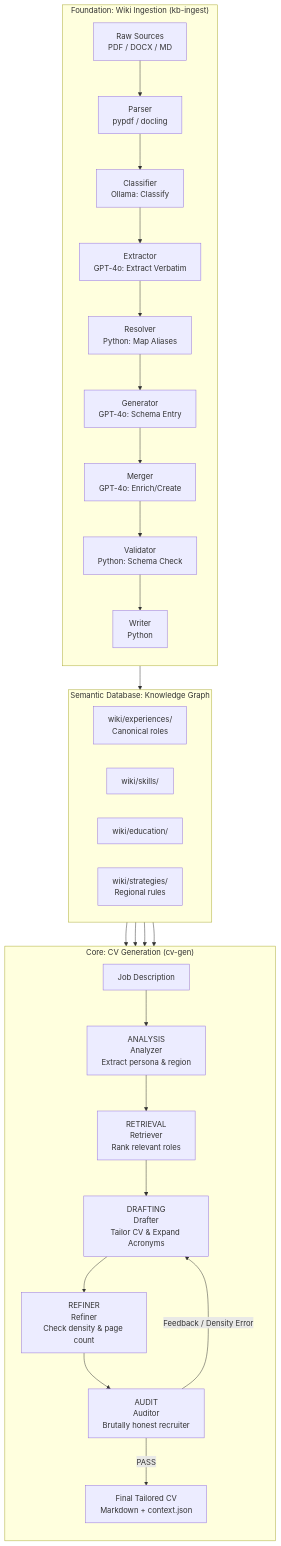
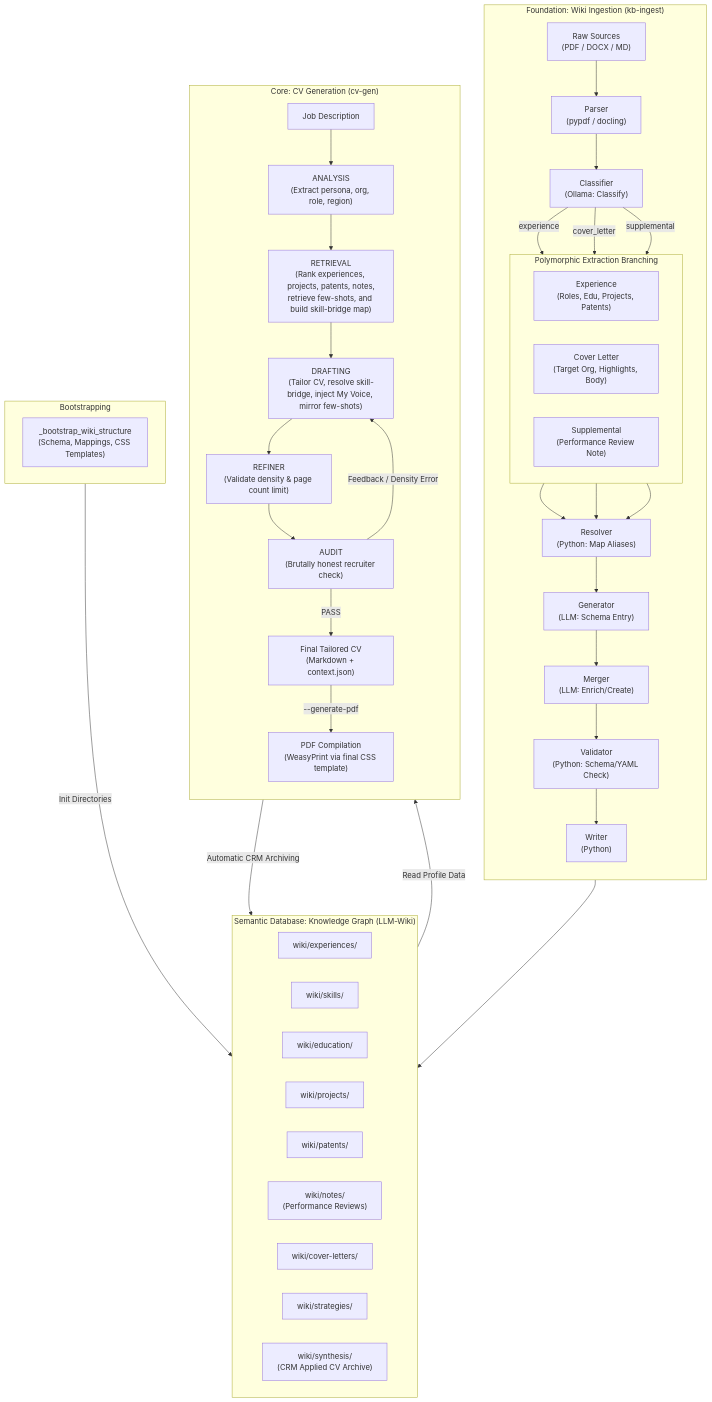
Before and after one commit to bvrabete/career-os: the diagram in README.md, drawn with Mermaid. The commit also changed other lines of this file and 20 other files, not shown here.

Commit message:
Multi-Source Ingestion, Polymorphic Extraction, Skill Bridging, and Dynamic PDF Compilation Chaining

````diff
--- a/README.md
+++ b/README.md
@@ -15,46 +15,71 @@
 ```mermaid
 graph TD
-    subgraph GENERATION ["Core: CV Generation (cv-gen)"]
-        direction TB
-        JD[Job Description]
-        Analyzer[ANALYSIS\nAnalyzer\nExtract persona & region]
-        Retriever[RETRIEVAL\nRetriever\nRank relevant roles]
-        Drafter[DRAFTING\nDrafter\nTailor CV & Expand Acronyms]
-        Refiner[REFINER\nRefiner\nCheck density & page count]
-        Auditor[AUDIT\nAuditor\nBrutally honest recruiter]
-        FinalCV[Final Tailored CV\nMarkdown + context.json]
-
-        JD --> Analyzer --> Retriever --> Drafter --> Refiner --> Auditor
-        Auditor -->|Feedback / Density Error| Drafter
-        Auditor -->|PASS| FinalCV
-    end
-
-    subgraph WIKI ["Semantic Database: Knowledge Graph"]
-        direction LR
-        Experiences["wiki/experiences/\nCanonical roles"]
-        Skills["wiki/skills/"]
-        Education["wiki/education/"]
-        Strategies["wiki/strategies/\nRegional rules"]
+    subgraph BOOTSTRAP ["Bootstrapping"]
+        B_Helper["_bootstrap_wiki_structure<br>(Schema, Mappings, CSS Templates)"]
     end
 
     subgraph INGESTION ["Foundation: Wiki Ingestion (kb-ingest)"]
         direction TB
-        Raw["Raw Sources\nPDF / DOCX / MD"]
-        Parser[Parser\npypdf / docling]
-        Classifier[Classifier\nOllama: Classify]
-        Extractor[Extractor\nGPT-4o: Extract Verbatim]
-        Resolver[Resolver\nPython: Map Aliases]
-        Generator[Generator\nGPT-4o: Schema Entry]
-        Merger[Merger\nGPT-4o: Enrich/Create]
-        Validator[Validator\nPython: Schema Check]
-        Writer[Writer\nPython]
-
-        Raw --> Parser --> Classifier --> Extractor --> Resolver --> Generator --> Merger --> Validator --> Writer
+        Raw["Raw Sources<br>(PDF / DOCX / MD)"] --> Parser["Parser<br>(pypdf / docling)"]
+        Parser --> Classifier["Classifier<br>(Ollama: Classify)"]
+        
+        subgraph POLYMORPHIC ["Polymorphic Extraction Branching"]
+            direction LR
+            Ext_Exp["Experience<br>(Roles, Edu, Projects, Patents)"]
+            Ext_CL["Cover Letter<br>(Target Org, Highlights, Body)"]
+            Ext_Supp["Supplemental<br>(Performance Review Note)"]
+        end
+        
+        Classifier -->|experience| Ext_Exp
+        Classifier -->|cover_letter| Ext_CL
+        Classifier -->|supplemental| Ext_Supp
+        
+        Resolver["Resolver<br>(Python: Map Aliases)"]
+        Ext_Exp --> Resolver
+        Ext_CL --> Resolver
+        Ext_Supp --> Resolver
+        
+        Resolver --> Generator["Generator<br>(LLM: Schema Entry)"]
+        Generator --> Merger["Merger<br>(LLM: Enrich/Create)"]
+        Merger --> Validator["Validator<br>(Python: Schema/YAML Check)"]
+        Validator --> Writer["Writer<br>(Python)"]
     end
 
-    Writer --> Experiences
-    Experiences --> Retriever
-    Skills --> Retriever
-    Education --> Retriever
-    Strategies --> Retriever
+    BOOTSTRAP -->|Init Directories| WIKI
+
+    subgraph WIKI ["Semantic Database: Knowledge Graph (LLM-Wiki)"]
+        direction LR
+        Experiences["wiki/experiences/"]
+        Skills["wiki/skills/"]
+        Education["wiki/education/"]
+        Projects["wiki/projects/"]
+        Patents["wiki/patents/"]
+        Notes["wiki/notes/<br>(Performance Reviews)"]
+        CoverLetters["wiki/cover-letters/"]
+        Strategies["wiki/strategies/"]
+        Synthesis["wiki/synthesis/<br>(CRM Applied CV Archive)"]
+    end
+
+    Writer --> WIKI
+
+    subgraph GENERATION ["Core: CV Generation (cv-gen)"]
+        direction TB
+        JD["Job Description"] --> Analyzer["ANALYSIS<br>(Extract persona, org, role, region)"]
+        Analyzer --> Retriever["RETRIEVAL<br>(Rank experiences, projects, patents, notes,<br>retrieve few-shots, and build skill-bridge map)"]
+        
+        Retriever --> Drafter["DRAFTING<br>(Tailor CV, resolve skill-bridge, inject My Voice, mirror few-shots)"]
+        Drafter --> Refiner["REFINER<br>(Validate density & page count limit)"]
+        Refiner --> Auditor["AUDIT<br>(Brutally honest recruiter check)"]
+        
+        Auditor -->|Feedback / Density Error| Drafter
+        
+        FinalCV["Final Tailored CV<br>(Markdown + context.json)"]
+        Auditor -->|PASS| FinalCV
+        
+        PDF["PDF Compilation<br>(WeasyPrint via final CSS template)"]
+        FinalCV -->|--generate-pdf| PDF
+    end
+
+    WIKI -->|Read Profile Data| Retriever
+    FinalCV -->|Automatic CRM Archiving| Synthesis
 ```
````
